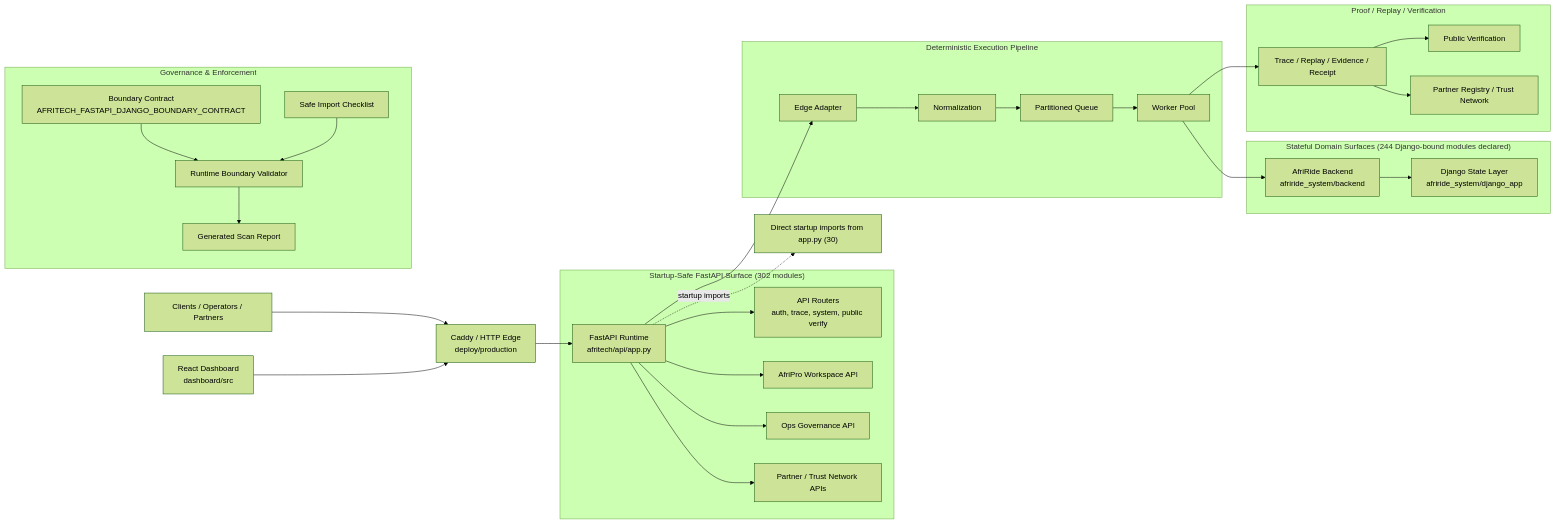
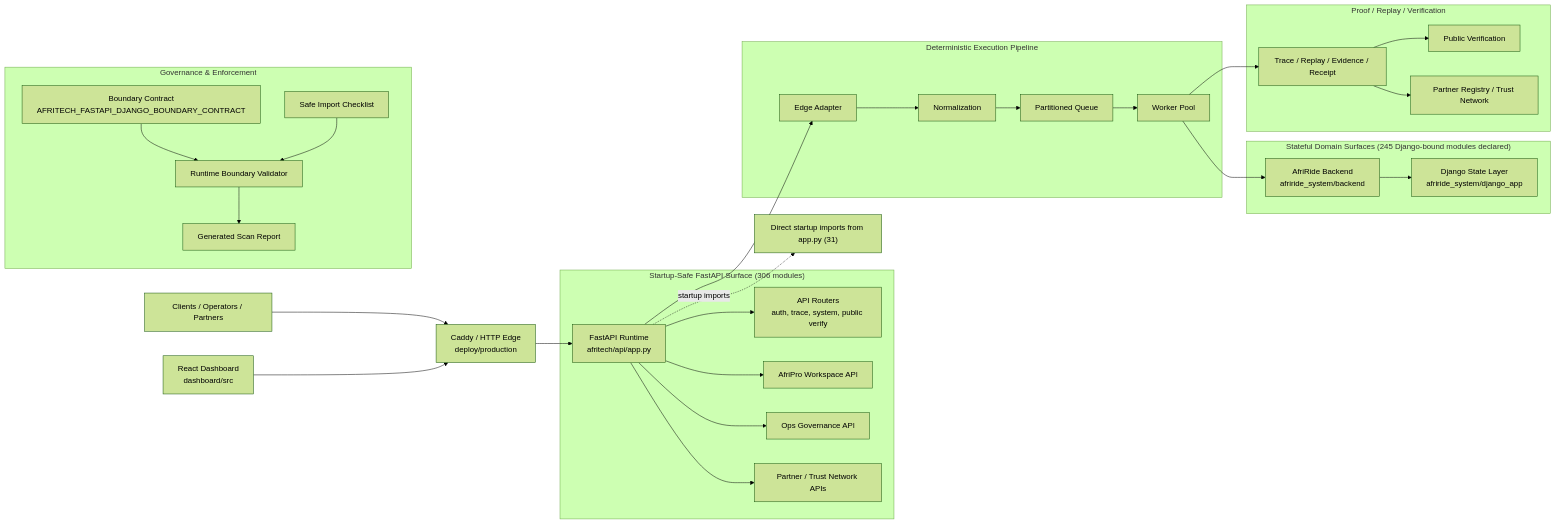
One commit to Strelly2023/afritelematics changed the first of 2 diagrams in docs/architecture/AFRITECH_FULL_ARCHITECTURE_GRAPH.md. Above: the diagram before and after it, drawn with Mermaid (forest theme). The commit also changed other lines of this file and 11 other files, not shown here.

````diff
--- a/docs/architecture/AFRITECH_FULL_ARCHITECTURE_GRAPH.md
+++ b/docs/architecture/AFRITECH_FULL_ARCHITECTURE_GRAPH.md
@@ -22,39 +22,39 @@
 ```mermaid
 flowchart LR
     Client["Clients / Operators / Partners"] --> Edge["Caddy / HTTP Edge\ndeploy/production"]
     Dashboard["React Dashboard\ndashboard/src"] --> Edge
     Edge --> App["FastAPI Runtime\nafritech/api/app.py"]
 
-    subgraph FastAPI["Startup-Safe FastAPI Surface (302 modules)"]
+    subgraph FastAPI["Startup-Safe FastAPI Surface (306 modules)"]
         App --> Api["API Routers\nauth, trace, system, public verify"]
         App --> Workspace["AfriPro Workspace API"]
         App --> Governance["Ops Governance API"]
         App --> Trust["Partner / Trust Network APIs"]
     end
 
     subgraph Pipeline["Deterministic Execution Pipeline"]
         App --> Adapt["Edge Adapter"]
         Adapt --> Normalize["Normalization"]
         Normalize --> Queue["Partitioned Queue"]
         Queue --> Worker["Worker Pool"]
     end
 
-    subgraph State["Stateful Domain Surfaces (244 Django-bound modules declared)"]
+    subgraph State["Stateful Domain Surfaces (245 Django-bound modules declared)"]
         Worker --> Domain["AfriRide Backend\nafriride_system/backend"]
         Domain --> Django["Django State Layer\nafriride_system/django_app"]
     end
 
     subgraph Proof["Proof / Replay / Verification"]
         Worker --> Trace["Trace / Replay / Evidence / Receipt"]
         Trace --> Public["Public Verification"]
         Trace --> Registry["Partner Registry / Trust Network"]
     end
 
     subgraph GovernancePlane["Governance & Enforcement"]
         Contract["Boundary Contract\nAFRITECH_FASTAPI_DJANGO_BOUNDARY_CONTRACT"] --> Validator["Runtime Boundary Validator"]
         Checklist["Safe Import Checklist"] --> Validator
         Validator --> Review["Generated Scan Report"]
     end
 
-    App -. startup imports .-> Imports["Direct startup imports from app.py (30)"]
+    App -. startup imports .-> Imports["Direct startup imports from app.py (31)"]
 ```
````
